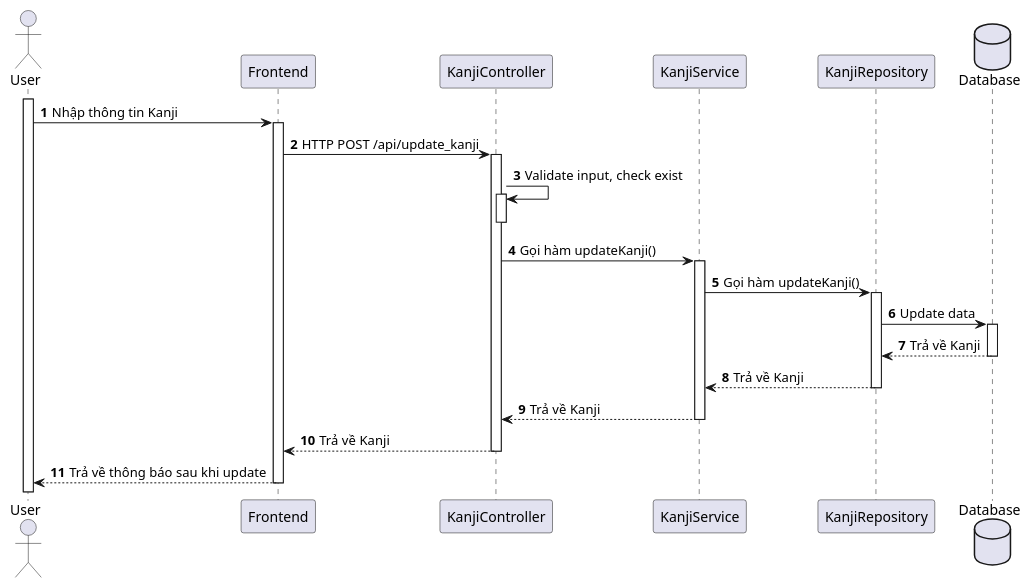
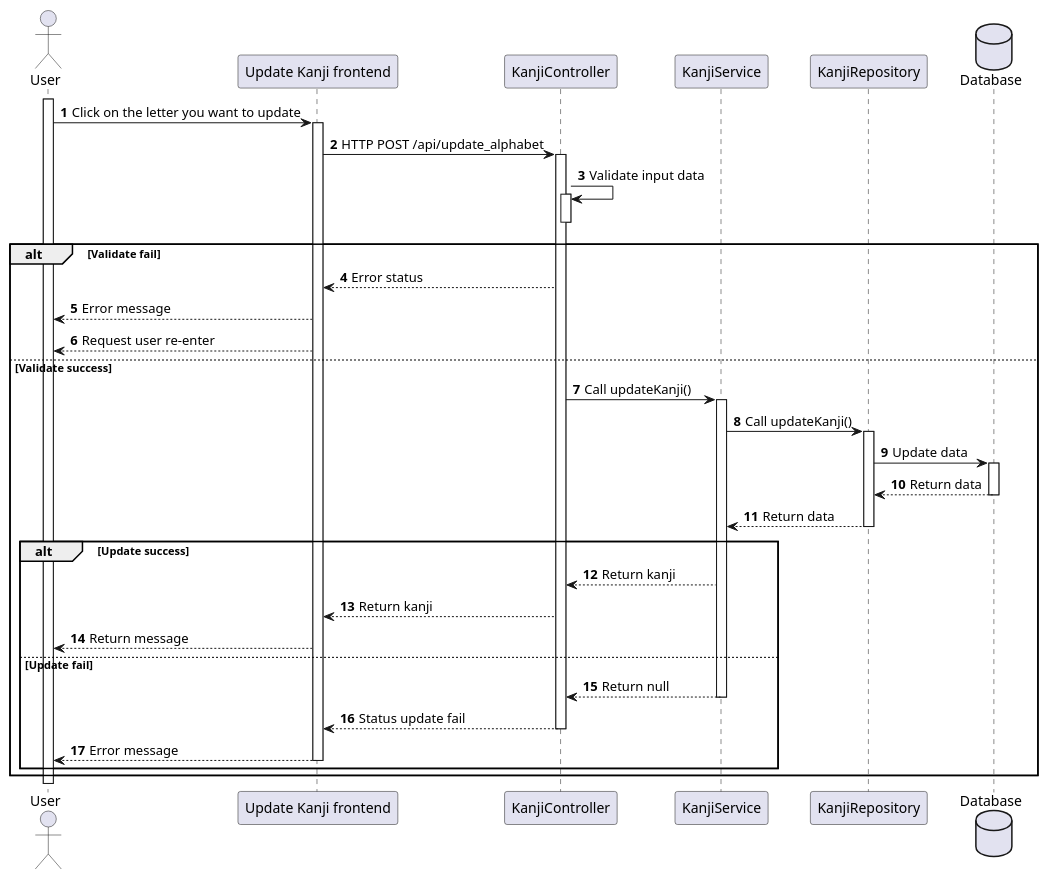
The diagram in japanese-app/plant_uml/Kanji/[Sequence] Kanji_Update.puml (Annthe160639/japanese-app), drawn with PlantUML before and after one commit. The commit also changed 7 other files, not shown here.

Commit message:
update sequence

```diff
--- a/japanese-app/plant_uml/Kanji/[Sequence] Kanji_Update.puml
+++ b/japanese-app/plant_uml/Kanji/[Sequence] Kanji_Update.puml
@@ -1,38 +1,53 @@
 @startuml
+'https://plantuml.com/sequence-diagram
+
+autonumber
+
 actor User
-'participant "Homepage Activity" as Homepage
-participant "Frontend" as Frontend
+
+participant "Update Kanji frontend" as fe
 participant "KanjiController" as Controller
 participant "KanjiService" as Service
 participant "KanjiRepository" as Repository
 
 database Database
-
-'
-'Use case: Xem danh sách kanji
-'
-
 activate User
 
-autonumber
-User -> Frontend++: Nhập thông tin Kanji
+User -> fe++: Click on the letter you want to update
 
-'
-'Call API get list radical category
-'
-'Homepage -> Kanji++: startActivity(intent)
-Frontend -> Controller++: HTTP POST /api/update_kanji
-Controller -> Controller: Validate input, check exist
+fe -> Controller++: HTTP POST /api/update_alphabet
+
+Controller -> Controller: Validate input data
 activate Controller
 deactivate Controller
-Controller -> Service++: Gọi hàm updateKanji()
-Service -> Repository++: Gọi hàm updateKanji()
+
+alt Validate fail
+Controller-->fe: Error status
+fe-->User: Error message
+fe-->User: Request user re-enter
+else Validate success
+Controller -> Service++: Call updateKanji()
+Service -> Repository++: Call updateKanji()
 Repository -> Database++: Update data
-Database --> Repository--: Trả về Kanji
-Repository --> Service--: Trả về Kanji
-Service --> Controller--: Trả về Kanji
-Controller --> Frontend--: Trả về Kanji
-Frontend --> User--: Trả về thông báo sau khi update
+Database --> Repository--: Return data
+Repository --> Service--: Return data
+
+    alt Update success
+
+Service --> Controller: Return kanji
+Controller --> fe: Return kanji
+fe --> User: Return message
+
+    else Update fail
+
+Service --> Controller--: Return null
+Controller --> fe--: Status update fail
+fe --> User--: Error message
+
+end
+
+end
+
 
 
 @enduml
```
